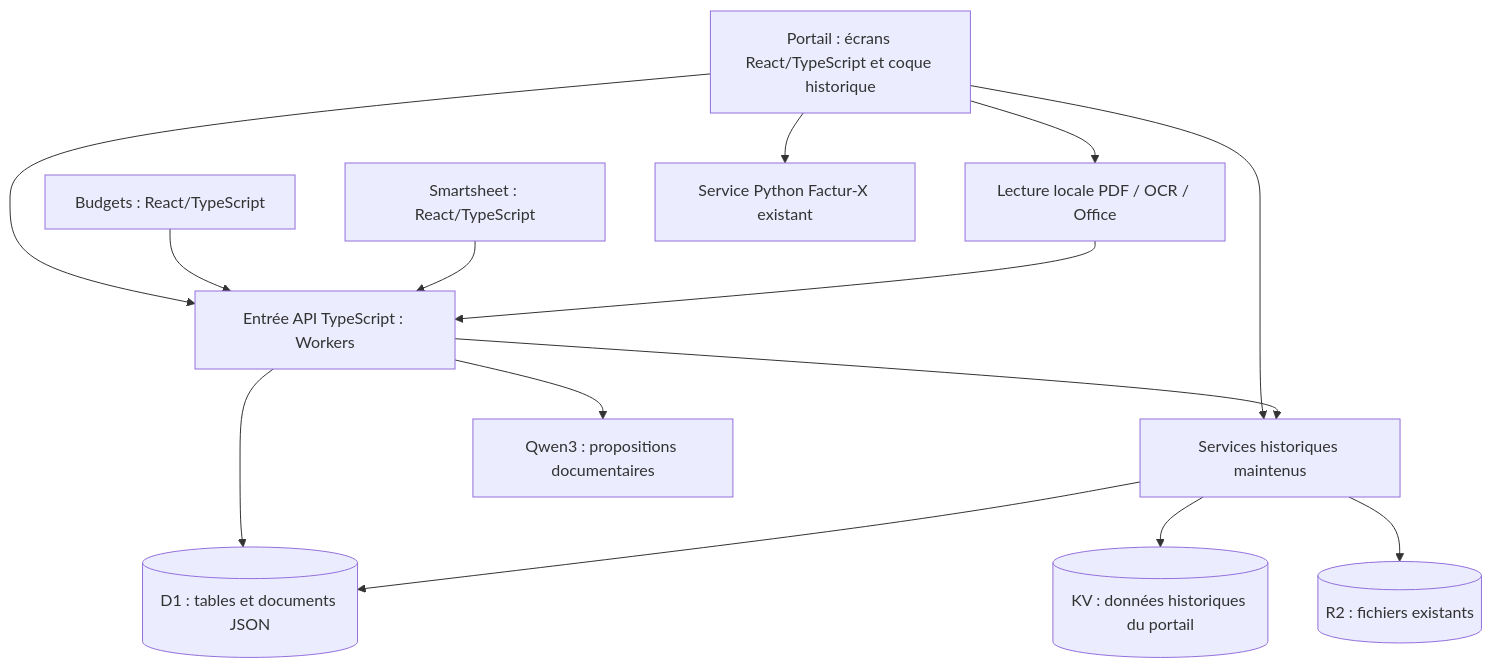
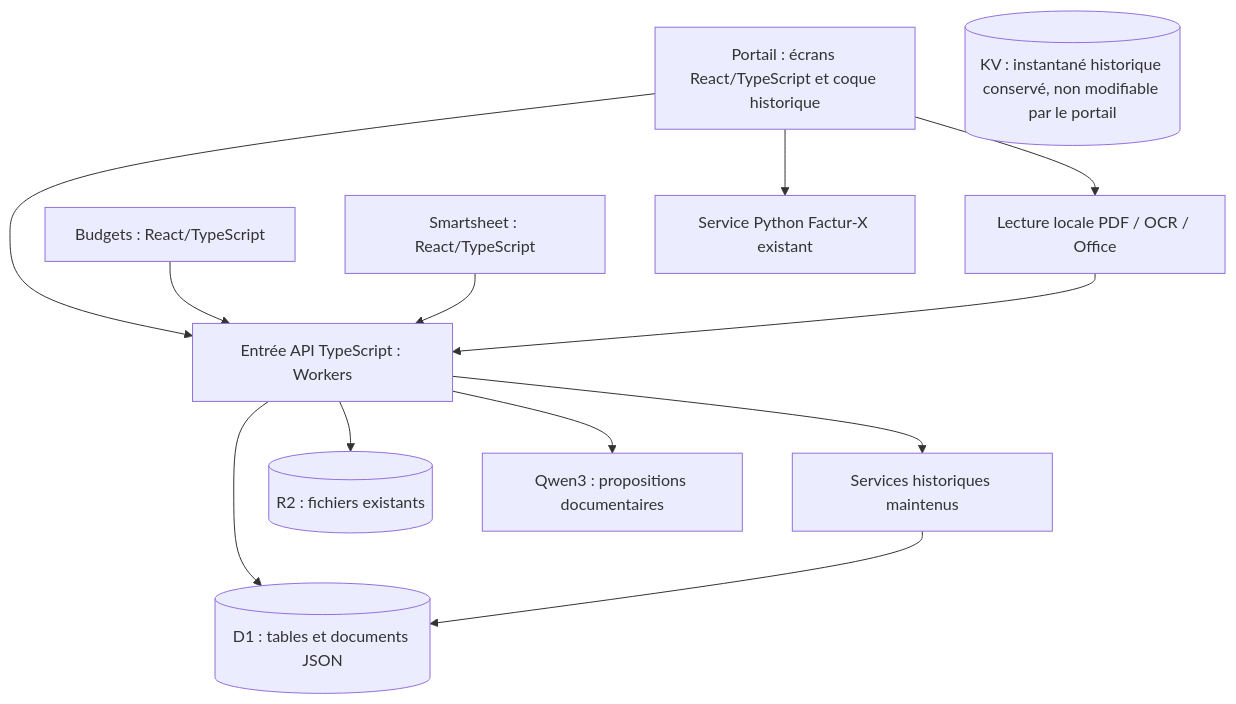
The first of 2 diagrams in platform/ARCHITECTURE.md (pascalquilici2b-collab/cet-cdinnov), drawn with Mermaid before and after one commit. The commit also changed other lines of this file and 31 other files, not shown here.

````diff
--- a/platform/ARCHITECTURE.md
+++ b/platform/ARCHITECTURE.md
@@ -42,27 +44,25 @@
 ```mermaid
 flowchart TD
   UI[Portail : écrans React/TypeScript et coque historique]
   B[Budgets : React/TypeScript]
   S[Smartsheet : React/TypeScript]
   L[Lecture locale PDF / OCR / Office]
   API[Entrée API TypeScript : Workers]
   LEG[Services historiques maintenus]
   SQL[(D1 : tables et documents JSON)]
-  KV[(KV : données historiques du portail)]
+  KV[(KV : instantané historique conservé, non modifiable par le portail)]
   R2[(R2 : fichiers existants)]
   AI[Qwen3 : propositions documentaires]
   FX[Service Python Factur-X existant]
   UI --> API
   B --> API
   S --> API
   UI --> L
   L --> API
-  UI --> LEG
   API --> LEG
   API --> SQL
   LEG --> SQL
-  LEG --> KV
-  LEG --> R2
+  API --> R2
   API --> AI
   UI --> FX
 ```
````
